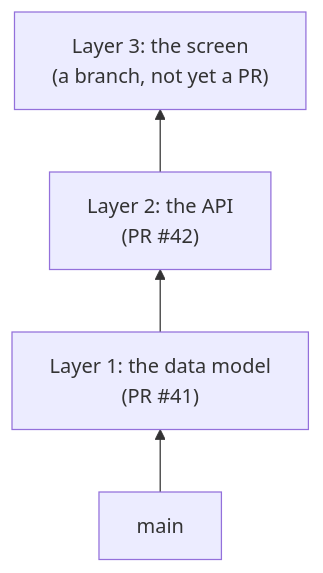
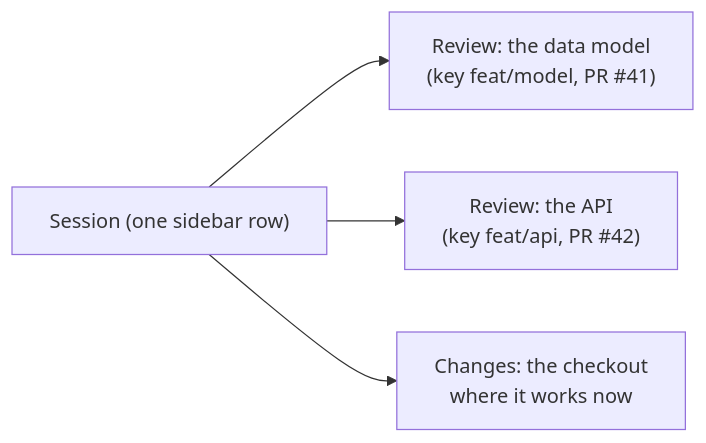
One commit to zsh-eng/workbench changed the second of 4 diagrams in apps/med/docs/USER_FLOWS.md. Above: the diagram before and after it, drawn with Mermaid. The commit also changed other lines of this file and 138 other files, not shown here.

Commit message:
med: one session per row with its reviews, flat comment threads, a quiet pull request header, and a thread keeps its place

````diff
--- a/apps/med/docs/USER_FLOWS.md
+++ b/apps/med/docs/USER_FLOWS.md
@@ -61,6 +62,6 @@
 ```mermaid
-flowchart BT
-  main["main"] --> L1["Layer 1: the data model<br/>(PR #41)"]
-  L1 --> L2["Layer 2: the API<br/>(PR #42)"]
-  L2 --> L3["Layer 3: the screen<br/>(a branch, not yet a PR)"]
+flowchart LR
+  S["Session (one sidebar row)"] --> R1["Review: the data model<br/>(key feat/model, PR #41)"]
+  S --> R2["Review: the API<br/>(key feat/api, PR #42)"]
+  S --> C["Changes: the checkout<br/>where it works now"]
 ```
````
